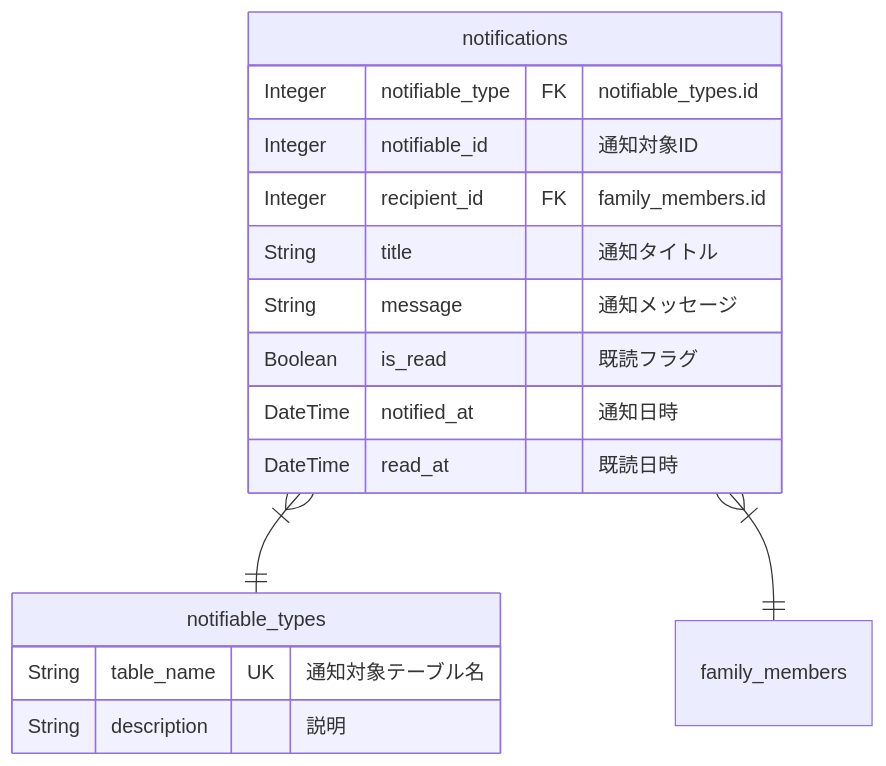
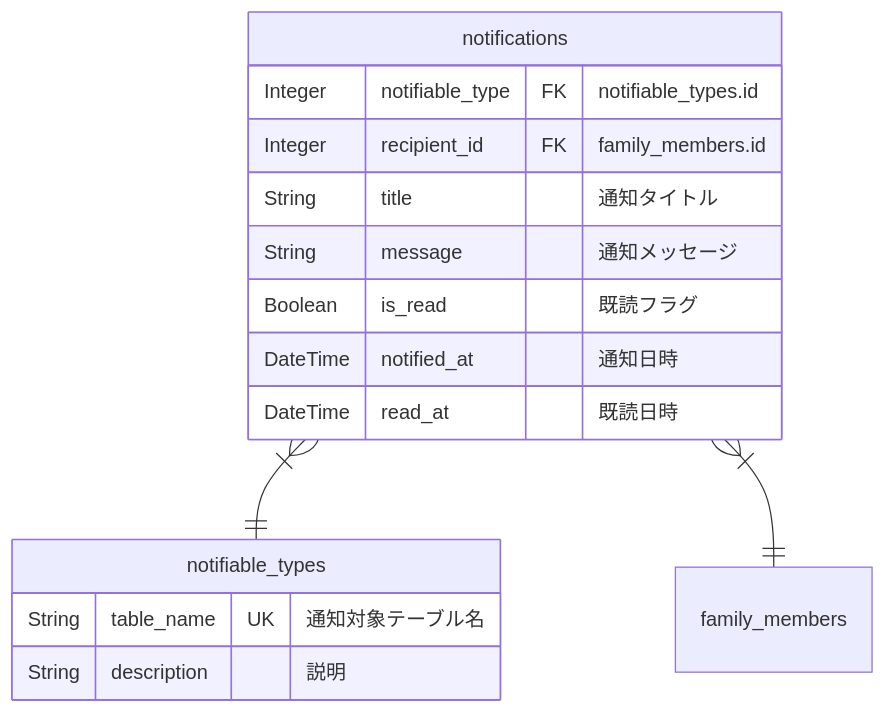
Diagram 16 of 17 in apps/api/docs/ja/uml/erd.md (shuhei1101/allowance-questboard), drawn with Mermaid before and after one commit. The commit also changed other lines of this file and 17 other files, not shown here.

````diff
--- a/apps/api/docs/ja/uml/erd.md
+++ b/apps/api/docs/ja/uml/erd.md
@@ -625,23 +618,22 @@
 ```mermaid
 %% notification
 erDiagram
     notifications {
         Integer notifiable_type FK "notifiable_types.id"
-        Integer notifiable_id "通知対象ID"
         Integer recipient_id FK "family_members.id"
         String title "通知タイトル"
         String message "通知メッセージ"
         Boolean is_read "既読フラグ"
         DateTime notified_at "通知日時"
         DateTime read_at "既読日時"
     }
 
     notifiable_types {
         String table_name UK "通知対象テーブル名"
         String description "説明"
     }
 
     %% Relationships
     notifications }|--|| notifiable_types: ""
     notifications }|--|| family_members: ""
 ```
````
